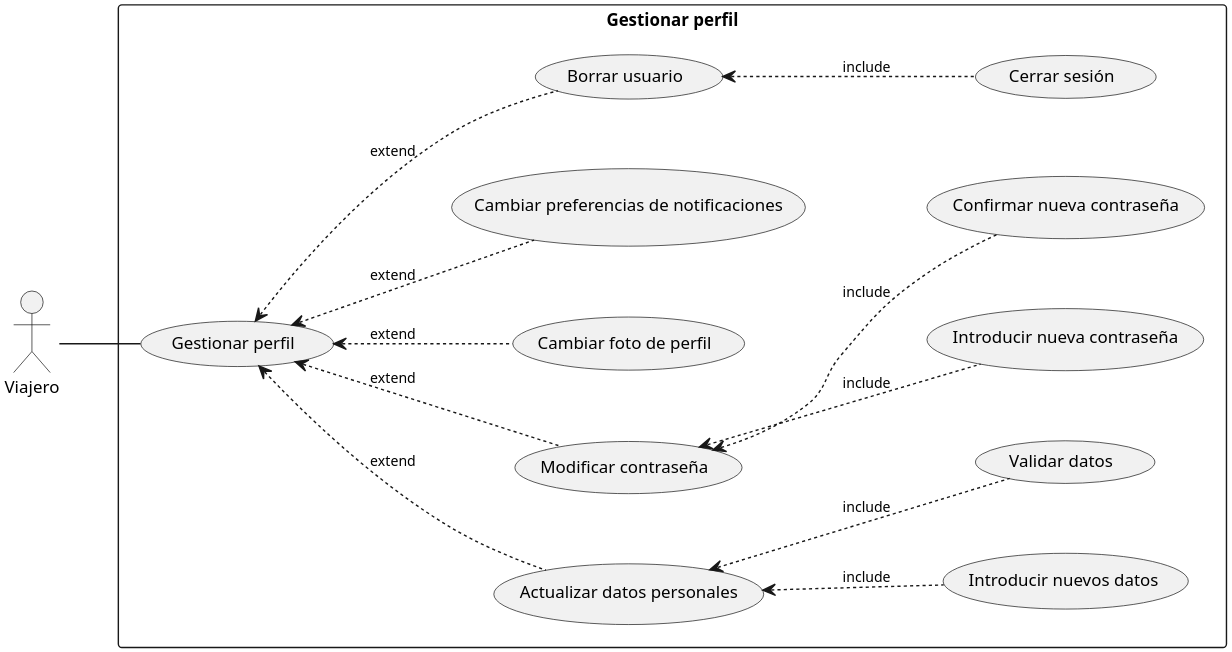
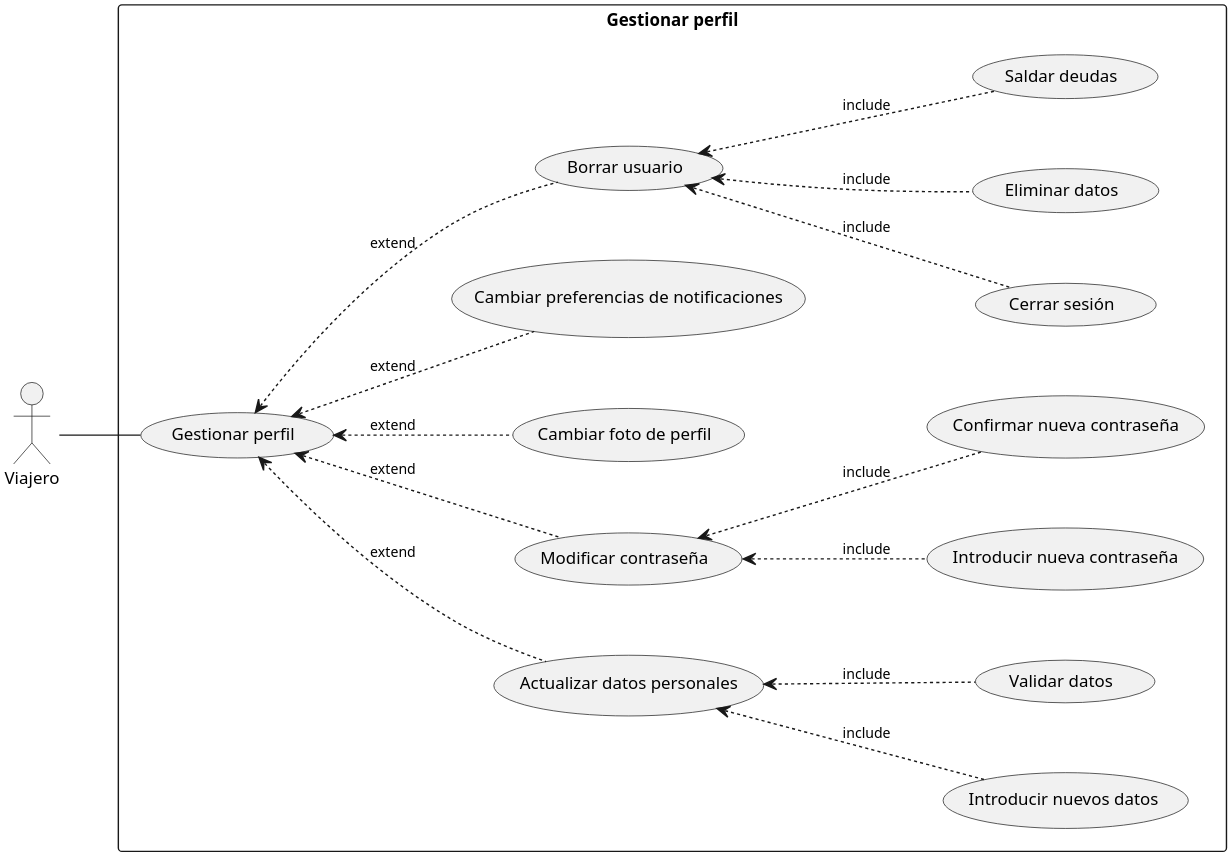
The diagram in casos_uso/gestionar_perfil.puml (ppabli/REM-), drawn with PlantUML before and after one commit. The commit also changed 11 other files, not shown here.

```diff
--- a/casos_uso/gestionar_perfil.puml
+++ b/casos_uso/gestionar_perfil.puml
@@ -1,47 +1,49 @@
 @startuml
 left to right direction
 
 skinparam dpi 300
 'skinparam linetype ortho
 skinparam nodesep 50
 skinparam ranksep 50
 
 skinparam default{
  FontSize 12
 }
 
 skinparam arrowFontSize 10
 skinparam classFontSize 14
 
 skinparam arrowSize 10
 
 '''
 
 :V: as "Viajero"
 
 rectangle "Gestionar perfil" {
    (Gestionar perfil) as gestionar_perfil
    (Actualizar datos personales) as actualizar_datos
    (Modificar contraseña) as modificar_contraseña
    (Cambiar foto de perfil) as cambiar_foto
    (Cambiar preferencias de notificaciones) as notificaciones
    (Borrar usuario) as borrar
 
    V -- gestionar_perfil
 
    gestionar_perfil <.. borrar : extend
    gestionar_perfil <.. actualizar_datos : extend
    gestionar_perfil <.. modificar_contraseña : extend
    gestionar_perfil <.. cambiar_foto : extend
    gestionar_perfil <.. notificaciones : extend
 
    actualizar_datos <.. (Introducir nuevos datos) : include
    actualizar_datos <.. (Validar datos) : include
 
    modificar_contraseña <.. (Introducir nueva contraseña) : include
    modificar_contraseña <.. (Confirmar nueva contraseña) : include
 
    borrar <.. (Cerrar sesión) : include
+   borrar <.. (Eliminar datos) : include
+   borrar <.. (Saldar deudas) : include
 }
 
 @enduml
```
